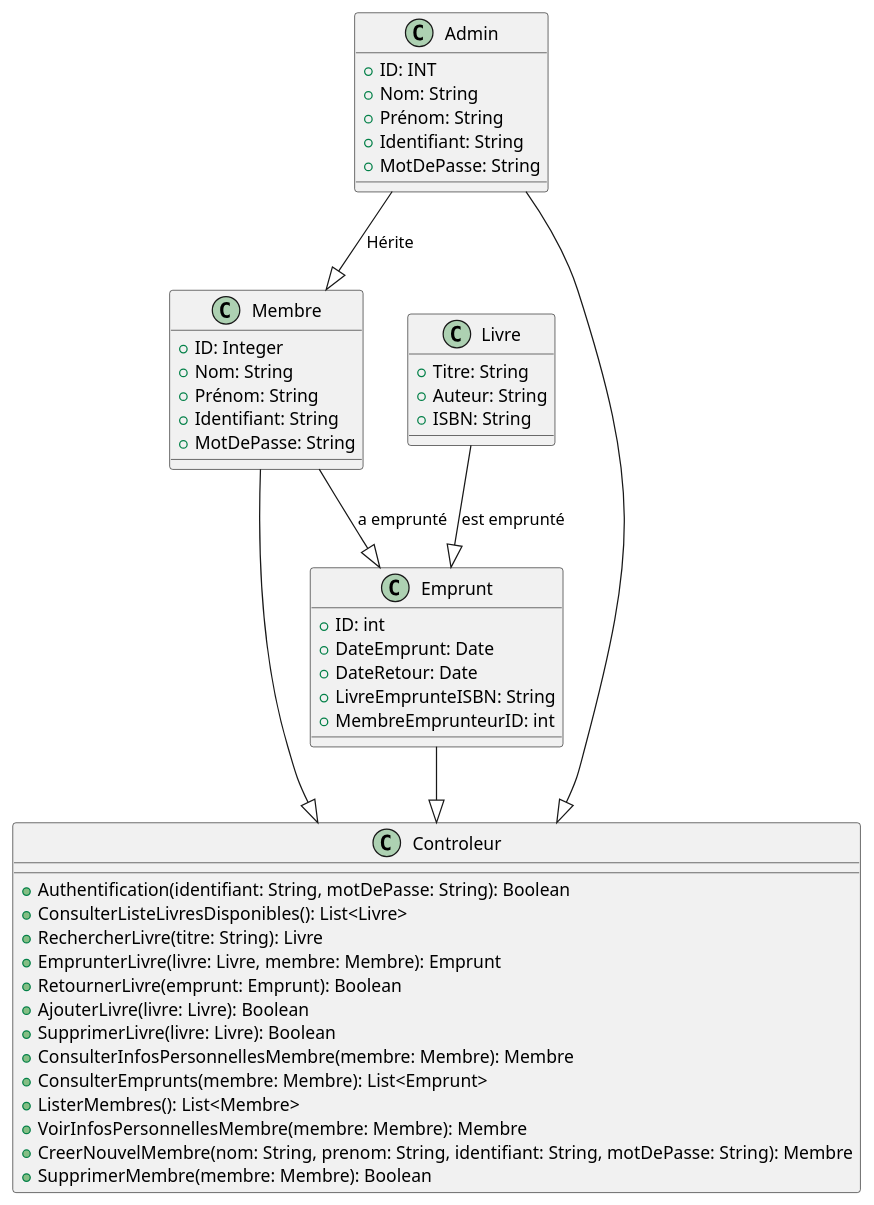
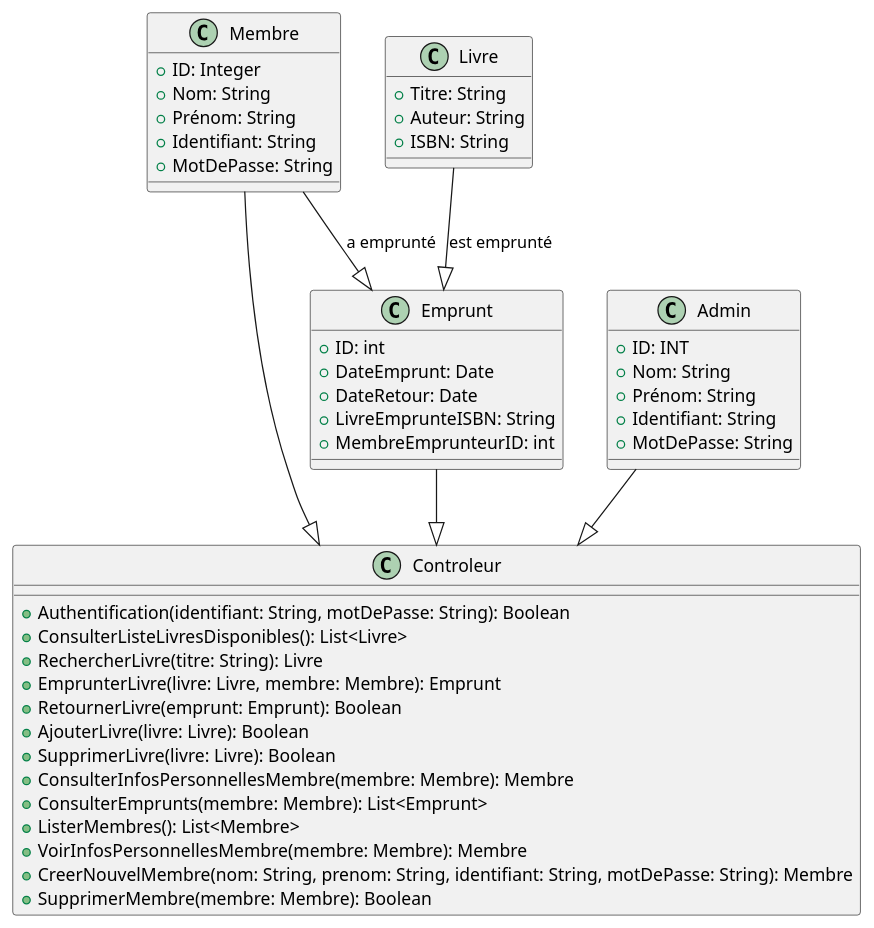
One commit to NajiOussama/LibraryManagementSoftware changed the diagram in src/main/DiagrammesUML/ClassBiblio.puml. Above: the diagram before and after it, drawn with PlantUML. The commit also changed 6 other files, not shown here.

```diff
--- a/src/main/DiagrammesUML/ClassBiblio.puml
+++ b/src/main/DiagrammesUML/ClassBiblio.puml
@@ -1,59 +1,59 @@
 @startuml
 
 class Membre {
   +ID: Integer
   +Nom: String
   +Prénom: String
   +Identifiant: String
   +MotDePasse: String
 }
 
 class Admin {
   +ID: INT
   +Nom: String
   +Prénom: String
   +Identifiant: String
   +MotDePasse: String
 }
 
 
 class Livre {
   +Titre: String
   +Auteur: String
   +ISBN: String
 }
 
 class Emprunt {
   +ID: int
   +DateEmprunt: Date
   +DateRetour: Date
   +LivreEmprunteISBN: String
   +MembreEmprunteurID: int
 
 
 }
 
 class Controleur {
   +Authentification(identifiant: String, motDePasse: String): Boolean
   +ConsulterListeLivresDisponibles(): List<Livre>
   +RechercherLivre(titre: String): Livre
   +EmprunterLivre(livre: Livre, membre: Membre): Emprunt
   +RetournerLivre(emprunt: Emprunt): Boolean
   +AjouterLivre(livre: Livre): Boolean
   +SupprimerLivre(livre: Livre): Boolean
   +ConsulterInfosPersonnellesMembre(membre: Membre): Membre
   +ConsulterEmprunts(membre: Membre): List<Emprunt>
   +ListerMembres(): List<Membre>
   +VoirInfosPersonnellesMembre(membre: Membre): Membre
   +CreerNouvelMembre(nom: String, prenom: String, identifiant: String, motDePasse: String): Membre
   +SupprimerMembre(membre: Membre): Boolean
 }
 
 Membre --|> Controleur
 Admin --|> Controleur
 Livre--|>Emprunt : est emprunté
 Membre--|>Emprunt : a emprunté
 Emprunt--|>Controleur
 
-Admin --|> Membre : Hérite
+
 @enduml
```
